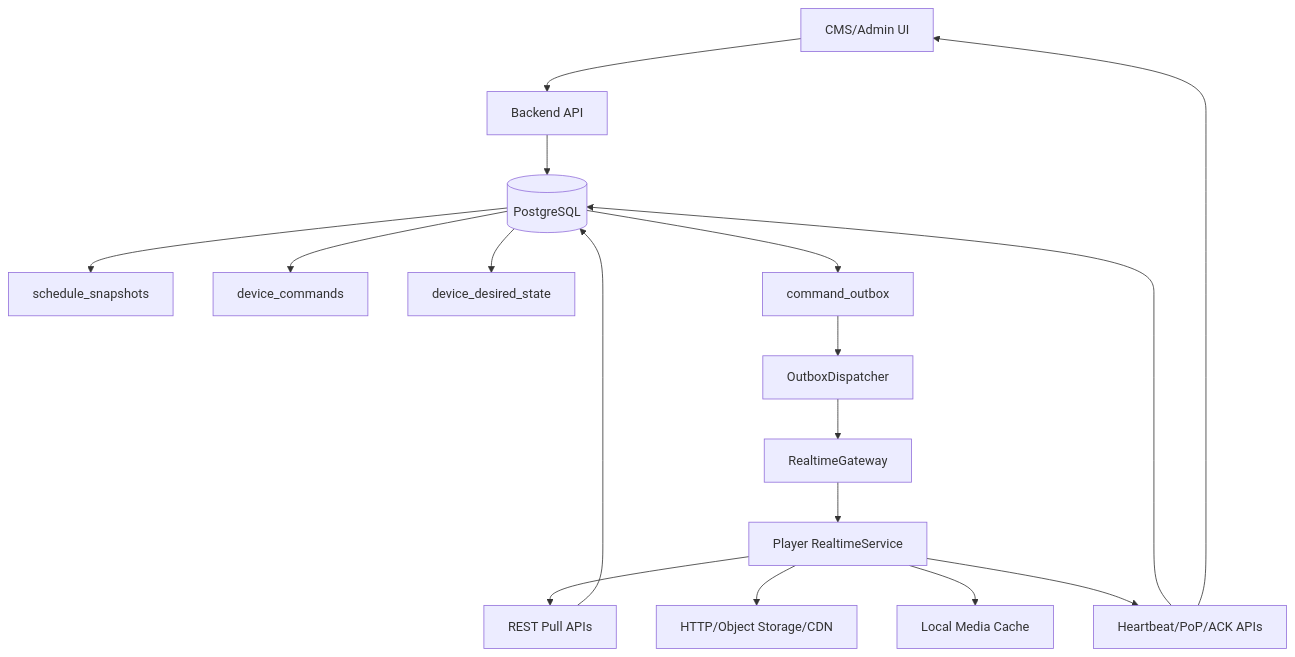
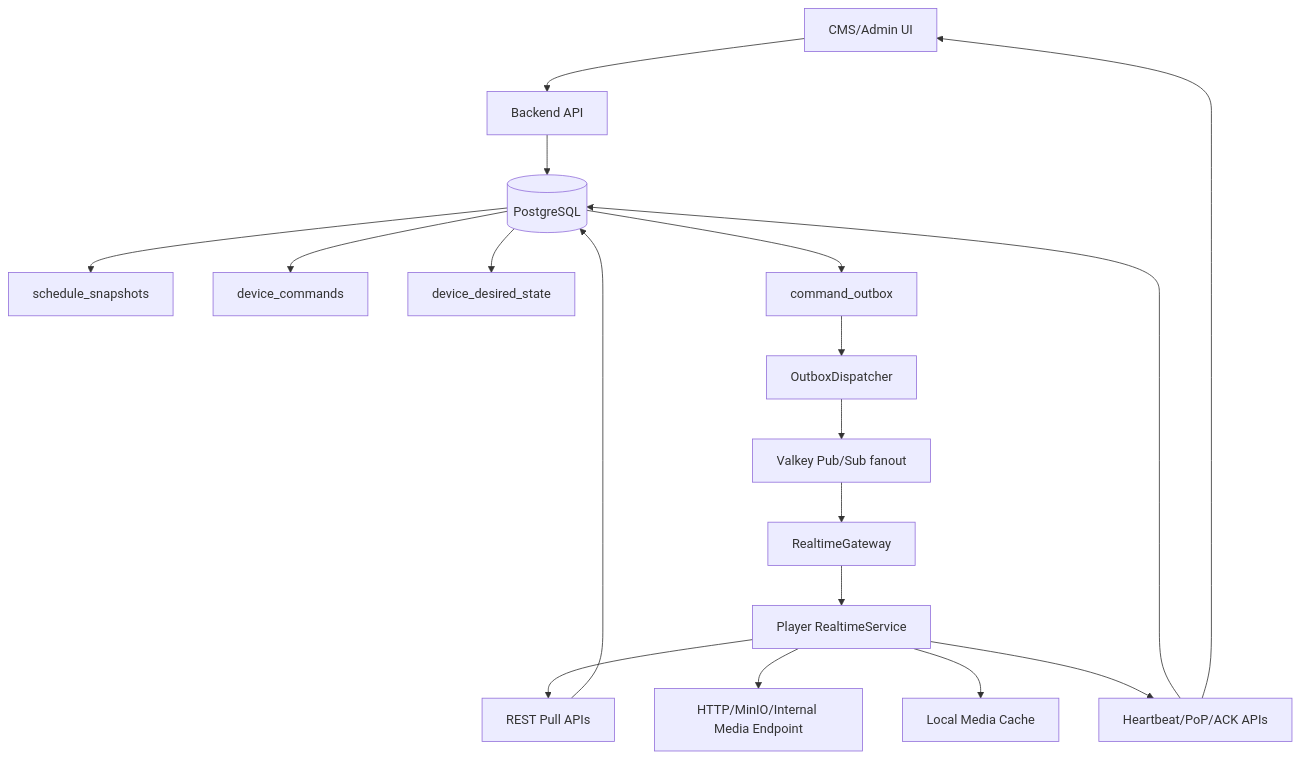
Before and after one commit to anuragkmr45/DARSHAN-SIGNAGE: the first of 7 diagrams in docs/architecture/enterprise-realtime-sync.md, drawn with Mermaid. The commit also changed other lines of this file and 34 other files, not shown here.

First line of the commit message:
Enhance on-prem setup documentation and implement Valkey-backed fanout for realtime sync

````diff
--- a/docs/architecture/enterprise-realtime-sync.md
+++ b/docs/architecture/enterprise-realtime-sync.md
@@ -114,19 +118,20 @@
 ```mermaid
 flowchart TD
   CMS[CMS/Admin UI] --> API[Backend API]
   API --> DB[(PostgreSQL)]
   DB --> Snapshots[schedule_snapshots]
   DB --> Commands[device_commands]
   DB --> Desired[device_desired_state]
   DB --> Outbox[command_outbox]
   Outbox --> Dispatcher[OutboxDispatcher]
-  Dispatcher --> Gateway[RealtimeGateway]
+  Dispatcher --> Bus[Valkey Pub/Sub fanout]
+  Bus --> Gateway[RealtimeGateway]
   Gateway --> Player[Player RealtimeService]
   Player --> REST[REST Pull APIs]
   REST --> DB
-  Player --> Media[HTTP/Object Storage/CDN]
+  Player --> Media[HTTP/MinIO/Internal Media Endpoint]
   Player --> Cache[Local Media Cache]
   Player --> Telemetry[Heartbeat/PoP/ACK APIs]
   Telemetry --> DB
   Telemetry --> CMS
 ```
````
